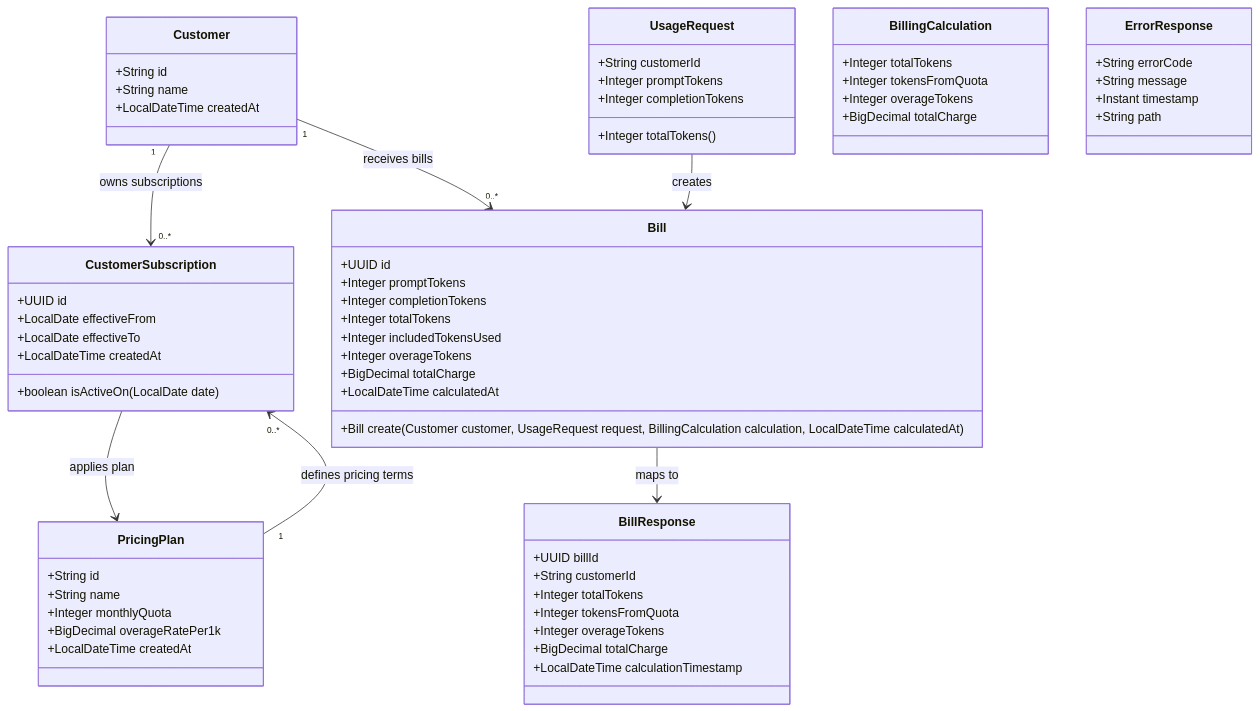
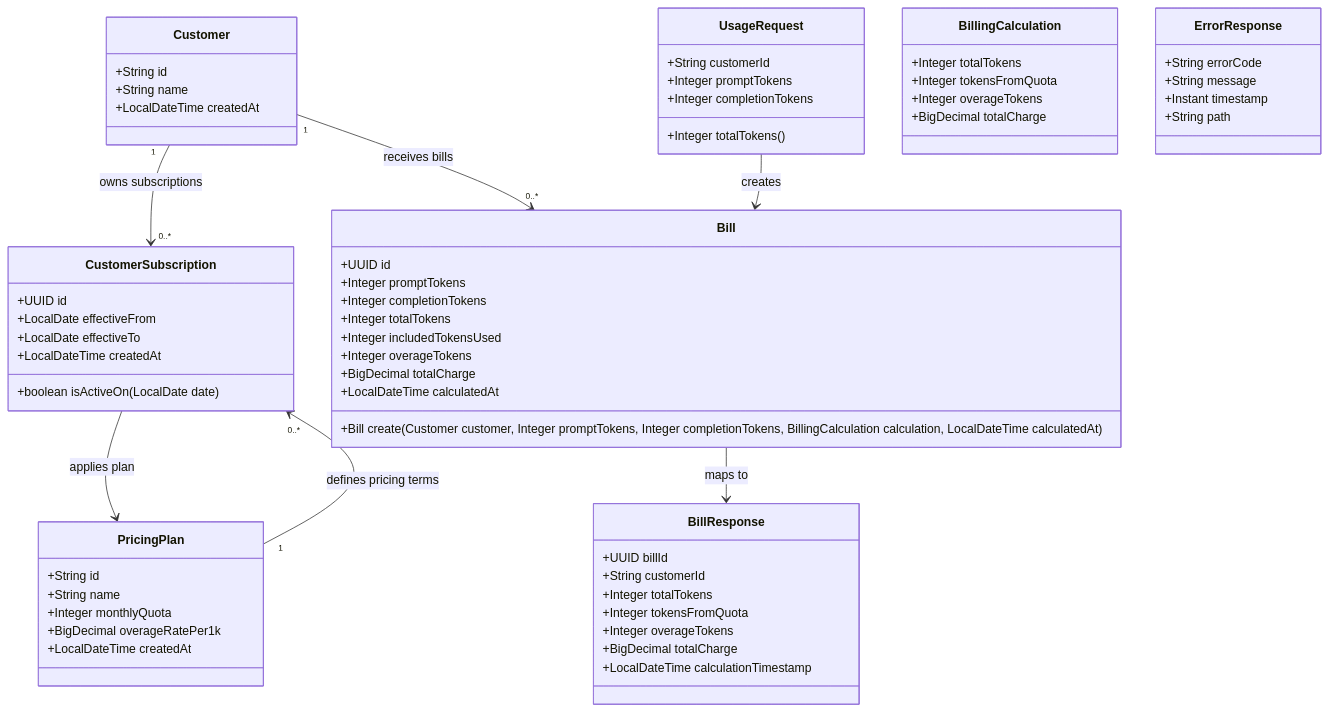
Before and after one commit to skyglass/spdd-workshop-snapshot: the diagram in spdd/prompt/GGQPA-XXX-202605160301-[Feat]-api-token-usage-billing.md, drawn with Mermaid. The commit also changed other lines of this file, not shown here.

Commit message:
[000] feat: communicate additional intent to the AI -- the architecture and some design practices

````diff
--- a/spdd/prompt/GGQPA-XXX-202605160301-[Feat]-api-token-usage-billing.md
+++ b/spdd/prompt/GGQPA-XXX-202605160301-[Feat]-api-token-usage-billing.md
@@ -11,76 +11,76 @@
 ```mermaid
 classDiagram
 direction TB
 
 class Customer {
     +String id
     +String name
     +LocalDateTime createdAt
 }
 
 class PricingPlan {
     +String id
     +String name
     +Integer monthlyQuota
     +BigDecimal overageRatePer1k
     +LocalDateTime createdAt
 }
 
 class CustomerSubscription {
     +UUID id
     +LocalDate effectiveFrom
     +LocalDate effectiveTo
     +LocalDateTime createdAt
     +boolean isActiveOn(LocalDate date)
 }
 
 class Bill {
     +UUID id
     +Integer promptTokens
     +Integer completionTokens
     +Integer totalTokens
     +Integer includedTokensUsed
     +Integer overageTokens
     +BigDecimal totalCharge
     +LocalDateTime calculatedAt
-    +Bill create(Customer customer, UsageRequest request, BillingCalculation calculation, LocalDateTime calculatedAt)
+    +Bill create(Customer customer, Integer promptTokens, Integer completionTokens, BillingCalculation calculation, LocalDateTime calculatedAt)
 }
 
 class UsageRequest {
     +String customerId
     +Integer promptTokens
     +Integer completionTokens
     +Integer totalTokens()
 }
 
 class BillingCalculation {
     +Integer totalTokens
     +Integer tokensFromQuota
     +Integer overageTokens
     +BigDecimal totalCharge
 }
 
 class BillResponse {
     +UUID billId
     +String customerId
     +Integer totalTokens
     +Integer tokensFromQuota
     +Integer overageTokens
     +BigDecimal totalCharge
     +LocalDateTime calculationTimestamp
 }
 
 class ErrorResponse {
     +String errorCode
     +String message
     +Instant timestamp
     +String path
 }
 
 Customer "1" --> "0..*" CustomerSubscription : owns subscriptions
 PricingPlan "1" --> "0..*" CustomerSubscription : defines pricing terms
 Customer "1" --> "0..*" Bill : receives bills
 UsageRequest --> Bill : creates
 CustomerSubscription --> PricingPlan : applies plan
 Bill --> BillResponse : maps to
 ```
````
